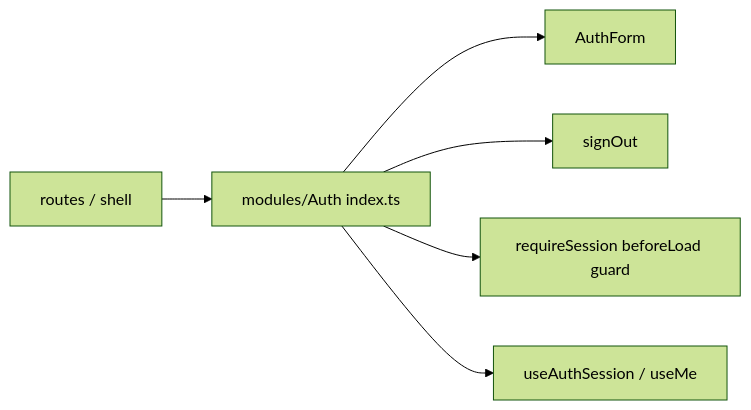
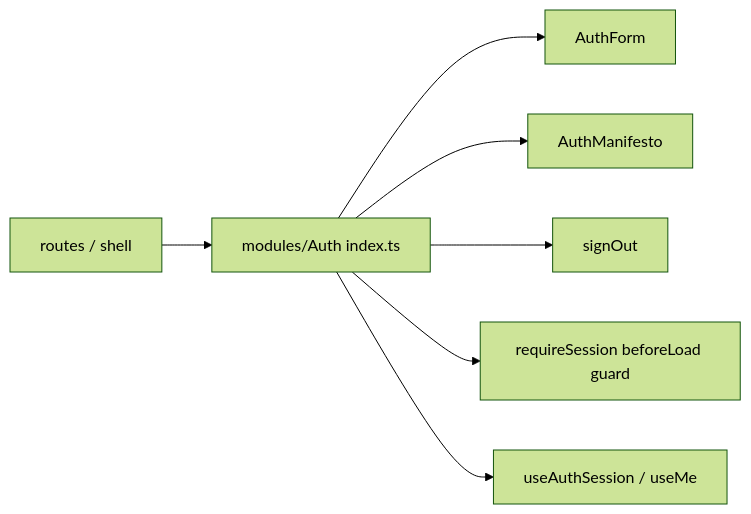
The diagram in apps/web/src/modules/Auth/index.ts.md (AzamatRaimbekov2/openCreate), drawn with Mermaid (forest theme) before and after one commit. The commit also changed other lines of this file and 40 other files, not shown here.

````diff
--- a/apps/web/src/modules/Auth/index.ts.md
+++ b/apps/web/src/modules/Auth/index.ts.md
@@ -28,8 +29,9 @@
 ```mermaid
 flowchart LR
   R[routes / shell] --> IDX[modules/Auth index.ts]
   IDX --> AF[AuthForm]
+  IDX --> AM[AuthManifesto]
   IDX --> SO[signOut]
   IDX --> RG[requireSession beforeLoad guard]
   IDX --> US[useAuthSession / useMe]
 ```
````
